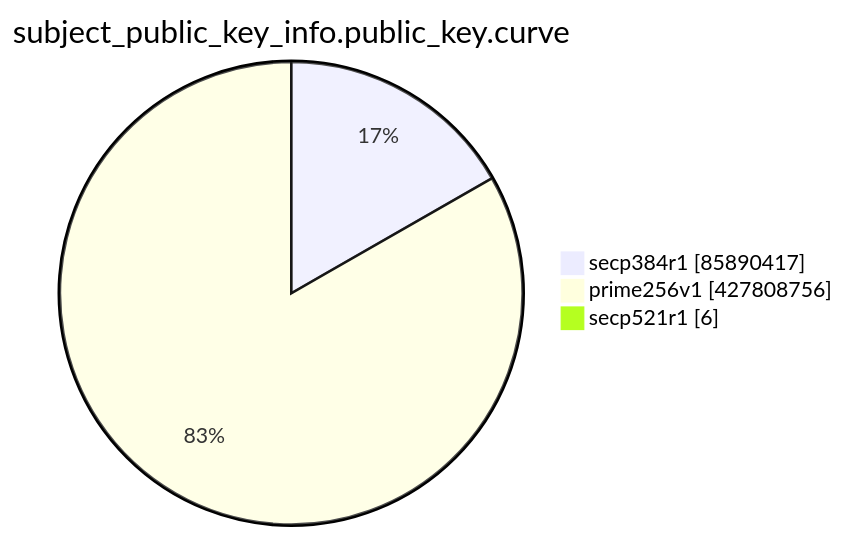
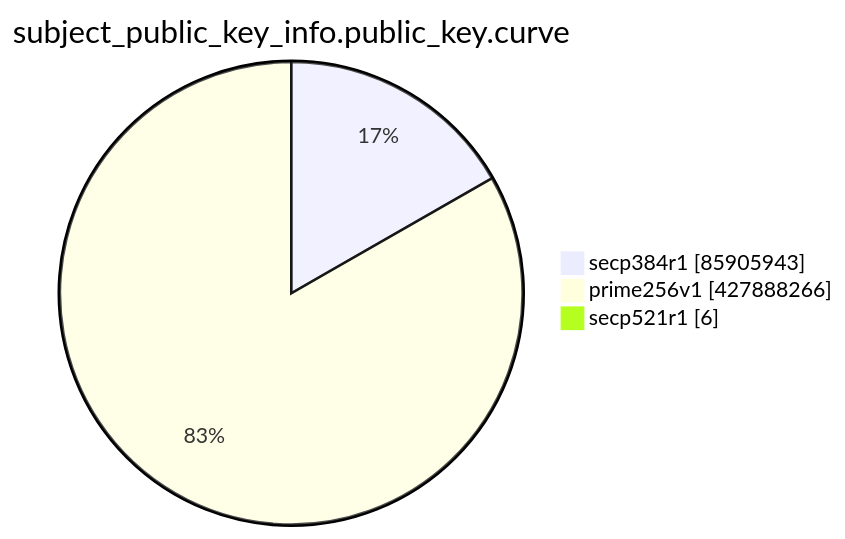
Before and after one commit to christiankrug/ctmonitor_visualization: the eighth of 15 diagrams in TOTAL/README.md, drawn with Mermaid. The commit also changed other lines of this file, not shown here.

````diff
--- a/TOTAL/README.md
+++ b/TOTAL/README.md
@@ -3100,7 +3100,7 @@
 ```mermaid
 pie showData
 title subject_public_key_info.public_key.curve
-"secp384r1" :85890417
-"prime256v1" :427808756
+"secp384r1" :85905943
+"prime256v1" :427888266
 "secp521r1" :6
 ```
````
